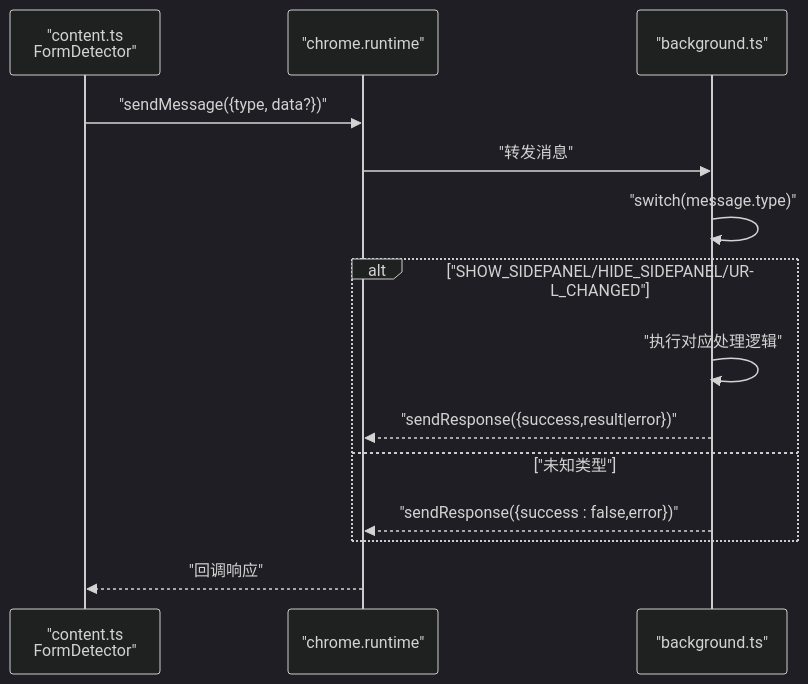
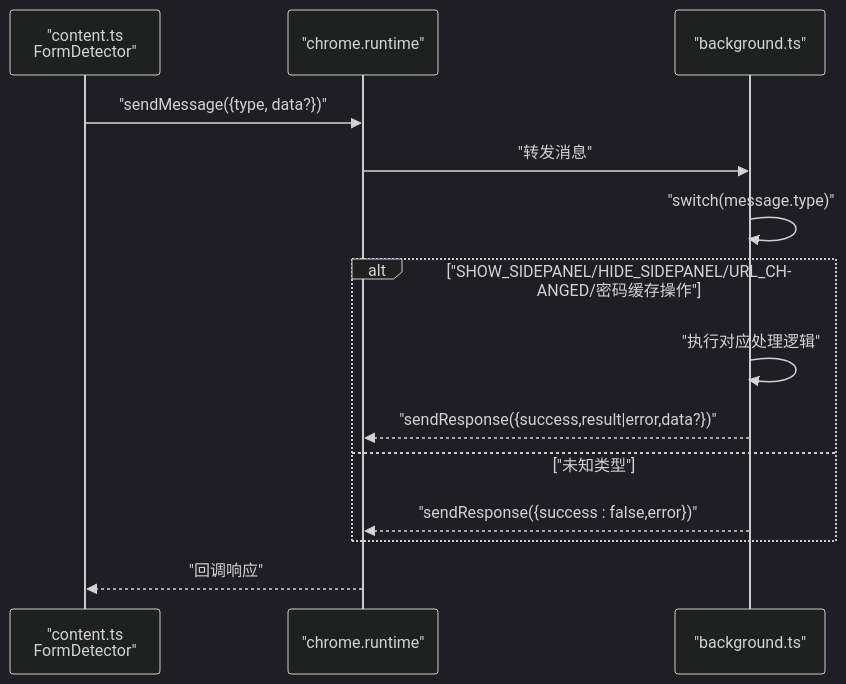
One commit to liaolongdong/account-password-helper changed the second of 4 diagrams in .qoder/repowiki/zh/content/API参考/消息通信协议.md. Above: the diagram before and after it, drawn with Mermaid (dark theme). The commit also changed other lines of this file and 23 other files, not shown here.

````diff
--- a/.qoder/repowiki/zh/content/API参考/消息通信协议.md
+++ b/.qoder/repowiki/zh/content/API参考/消息通信协议.md
@@ -85,16 +93,16 @@
 ```mermaid
 sequenceDiagram
 participant CS as "content.ts<br/>FormDetector"
 participant RT as "chrome.runtime"
 participant BG as "background.ts"
 CS->>RT : "sendMessage({type, data?})"
 RT->>BG : "转发消息"
 BG->>BG : "switch(message.type)"
-alt "SHOW_SIDEPANEL/HIDE_SIDEPANEL/URL_CHANGED"
+alt "SHOW_SIDEPANEL/HIDE_SIDEPANEL/URL_CHANGED/密码缓存操作"
 BG->>BG : "执行对应处理逻辑"
-BG-->>RT : "sendResponse({success,result|error})"
+BG-->>RT : "sendResponse({success,result|error,data?})"
 else "未知类型"
 BG-->>RT : "sendResponse({success : false,error})"
 end
 RT-->>CS : "回调响应"
 ```
````
